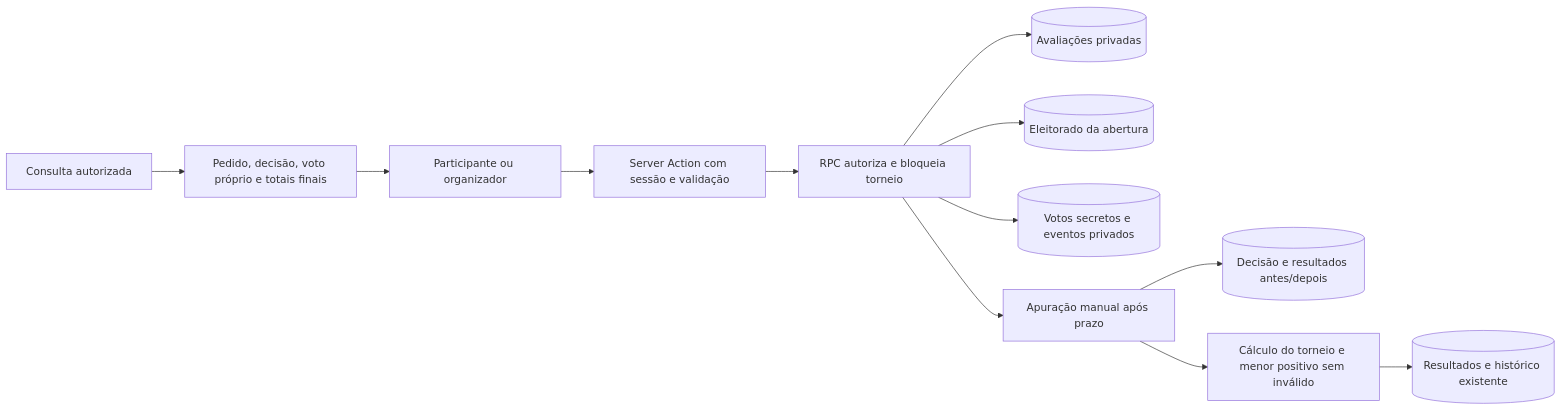
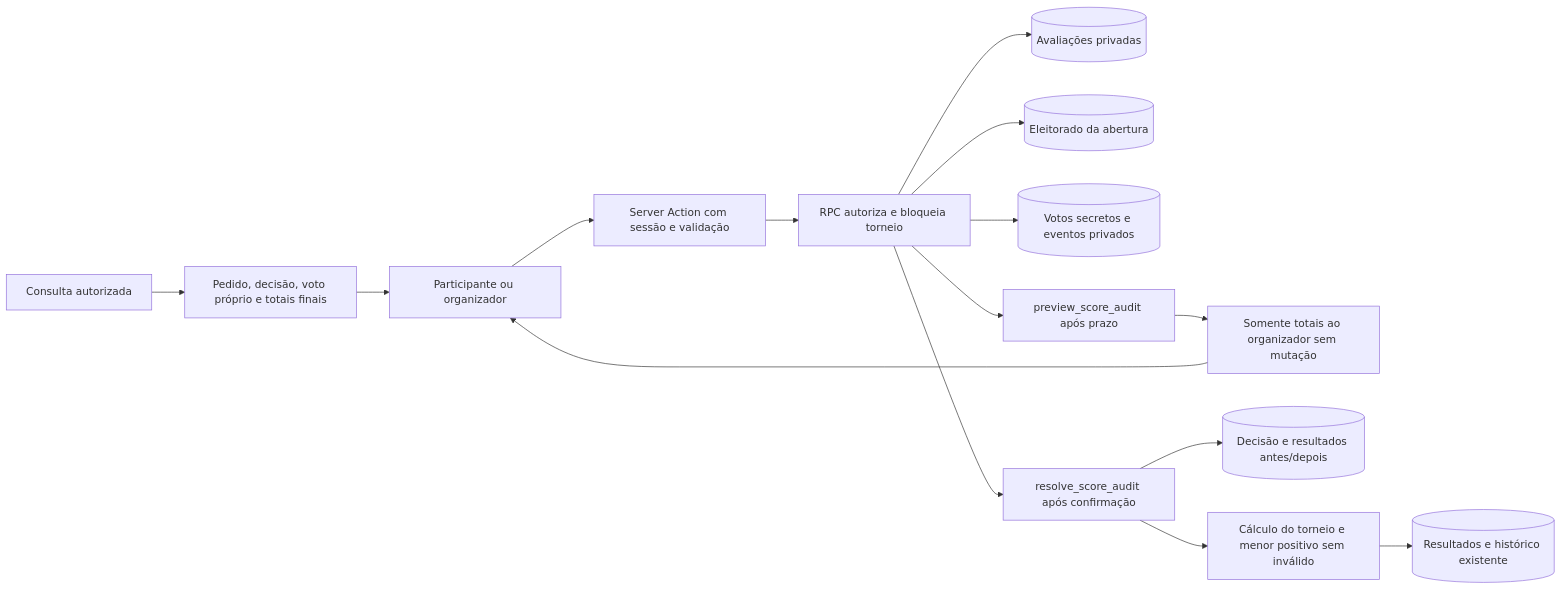
One commit to martinBernas/Projeto-Integrado changed the second of 2 diagrams in docs/diagramas/auditoria-votacao.md. Above: the diagram before and after it, drawn with Mermaid. The commit also changed other lines of this file and 15 other files, not shown here.

````diff
--- a/docs/diagramas/auditoria-votacao.md
+++ b/docs/diagramas/auditoria-votacao.md
@@ -16,14 +17,17 @@
 ```mermaid
 flowchart LR
     Tela[Participante ou organizador] --> Acao[Server Action com sessão e validação]
     Acao --> RPC[RPC autoriza e bloqueia torneio]
     RPC --> Avaliacoes[(Avaliações privadas)]
     RPC --> Eleitores[(Eleitorado da abertura)]
     RPC --> Votos[(Votos secretos e eventos privados)]
-    RPC --> Apuracao[Apuração manual após prazo]
+    RPC --> Previa[preview_score_audit após prazo]
+    Previa --> Totais[Somente totais ao organizador sem mutação]
+    Totais --> Tela
+    RPC --> Apuracao[resolve_score_audit após confirmação]
     Apuracao --> Decisao[(Decisão e resultados antes/depois)]
     Apuracao --> Calculo[Cálculo do torneio e menor positivo sem inválido]
     Calculo --> Resultados[(Resultados e histórico existente)]
     Consulta[Consulta autorizada] --> Projecao[Pedido, decisão, voto próprio e totais finais]
     Projecao --> Tela
 ```
````
